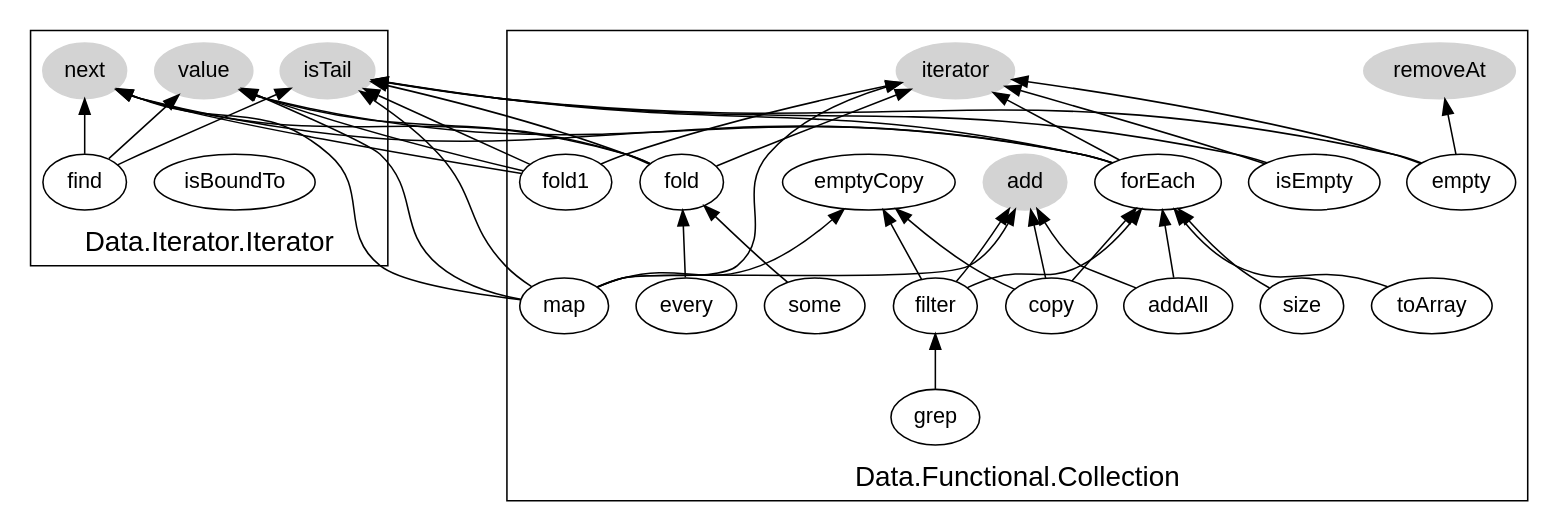
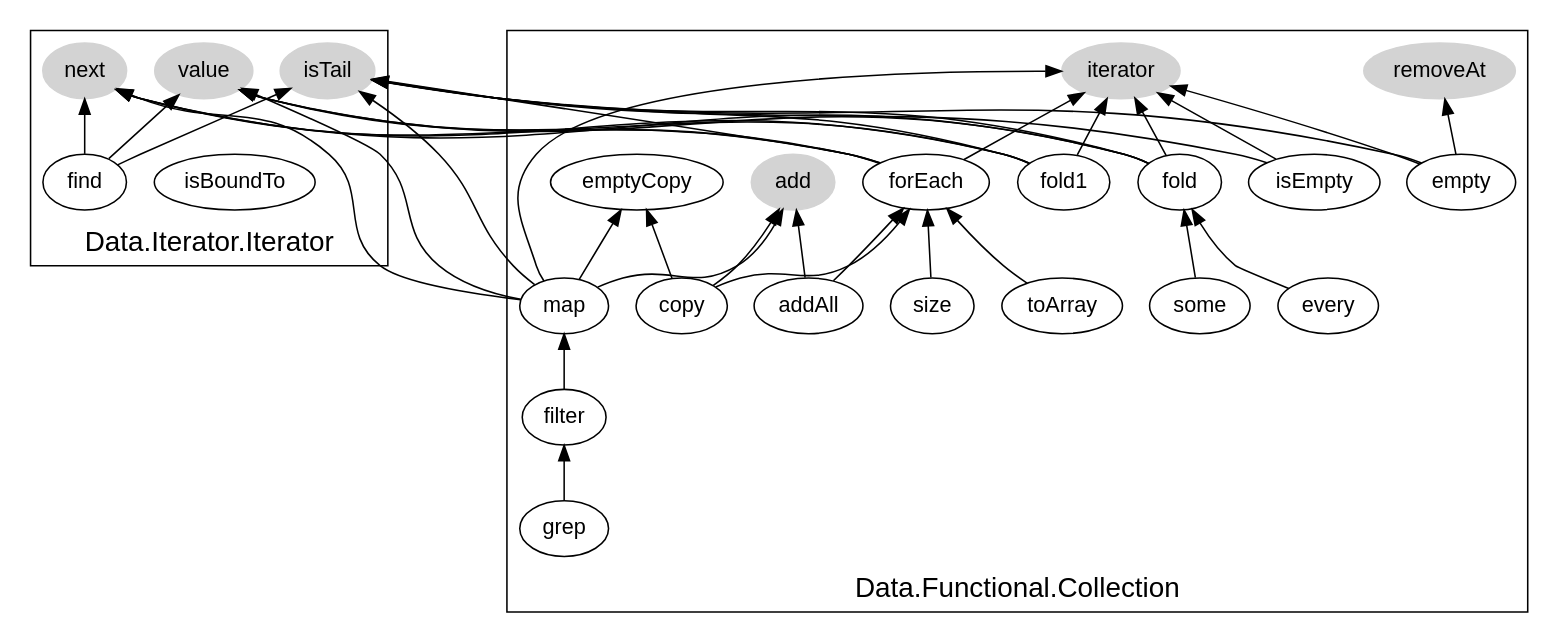
The diagram in Data.Functional/trunk/misc/Collection.dot (jsthread/jsthread), drawn with Graphviz before and after one commit. The commit also changed 16 other files, not shown here.

Commit message:
[Data.Functional] v0.5.0 *Introduced Data.Functional.Loop to support consistent implementation of forEach, fold, and map methods. *Now, Enumerable, Collection, and List implements those methods by using Data.Functional.Loop. *Changed default implementation of filter based on map

```diff
--- a/Data.Functional/trunk/misc/Collection.dot
+++ b/Data.Functional/trunk/misc/Collection.dot
@@ -1,73 +1,71 @@
 digraph Collection {
     graph [ rankdir  = BT
             color    = black
             fontname = Arial
             fontsize = 18    ]
     node  [ fontname = Arial ]
     
     
     subgraph cluster_Iterator {
         label = "Data.Iterator.Iterator"
         
         value  [ style=filled, color=lightgray ]
         isTail [ style=filled, color=lightgray ]
         next   [ style=filled, color=lightgray ]
         
         isBoundTo
         
         find -> isTail
         find -> next
         find -> value
     }
     
     
     subgraph cluster_Collection {
         label = "Data.Functional.Collection"
         
         /* From Enumerable --> */
         iterator [ style=filled, color=lightgray ]
         
         forEach -> iterator
         forEach -> isTail
         forEach -> next
         forEach -> value
         fold    -> iterator
         fold    -> isTail
         fold    -> next
         fold    -> value
         fold1   -> iterator
         fold1   -> isTail
         fold1   -> next
         fold1   -> value
         every   -> fold
         some    -> fold
         /* <-- From Enumerable */
         
         add      [ style=filled, color=lightgray ]
         removeAt [ style=filled, color=lightgray ]
     
         toArray -> forEach
         addAll  -> add
         addAll  -> forEach
         isEmpty -> iterator
         isEmpty -> isTail
         empty   -> iterator
         empty   -> isTail
         empty   -> removeAt
         size    -> forEach
         copy    -> emptyCopy
         copy    -> forEach
         copy    -> add
-        filter  -> emptyCopy
-        filter  -> forEach
-        filter  -> add
-        grep    -> filter
         map     -> emptyCopy
         map     -> isTail
         map     -> next
         map     -> value
         map     -> iterator
         map     -> add
+        filter  -> map
+        grep    -> filter
     }
     
 }
```
